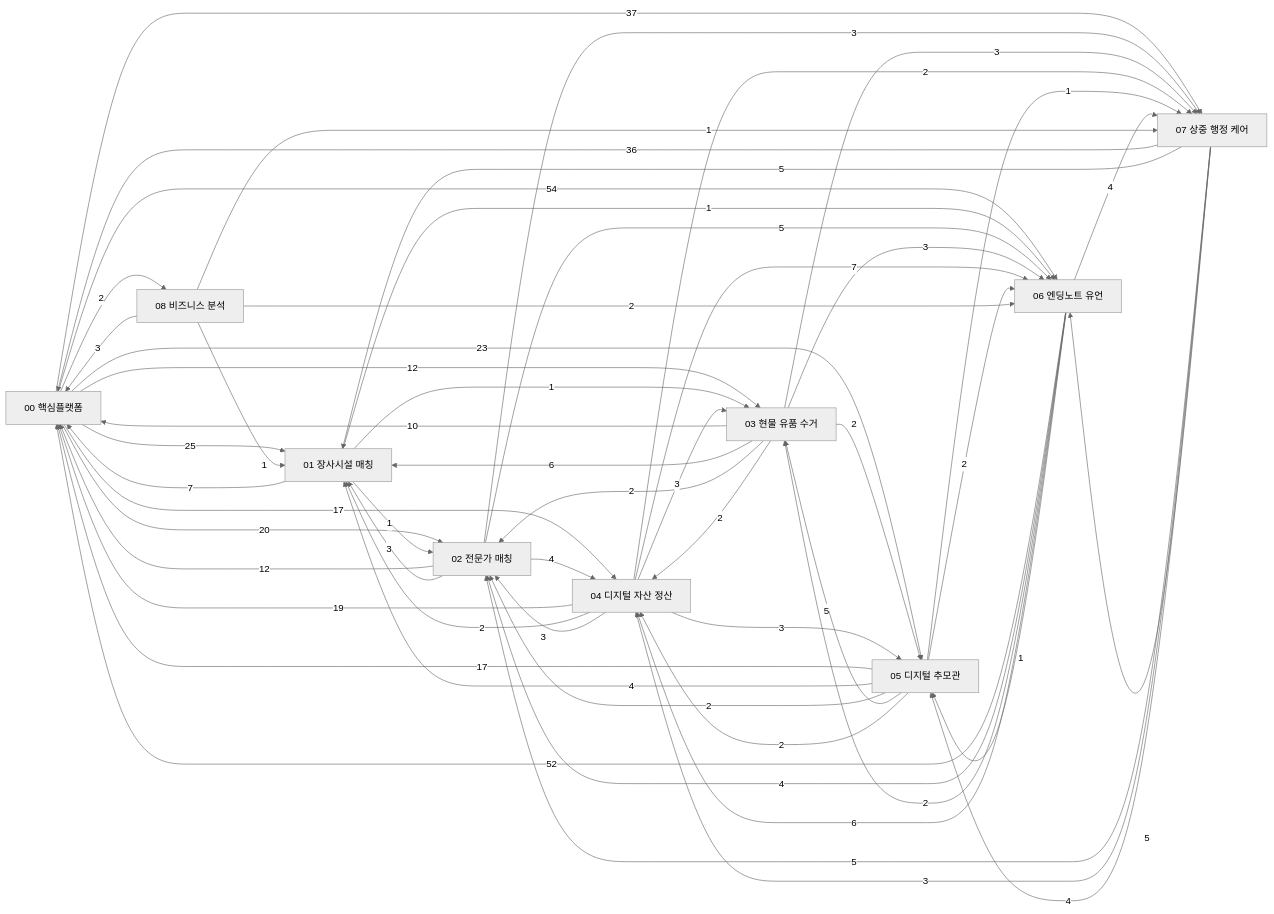
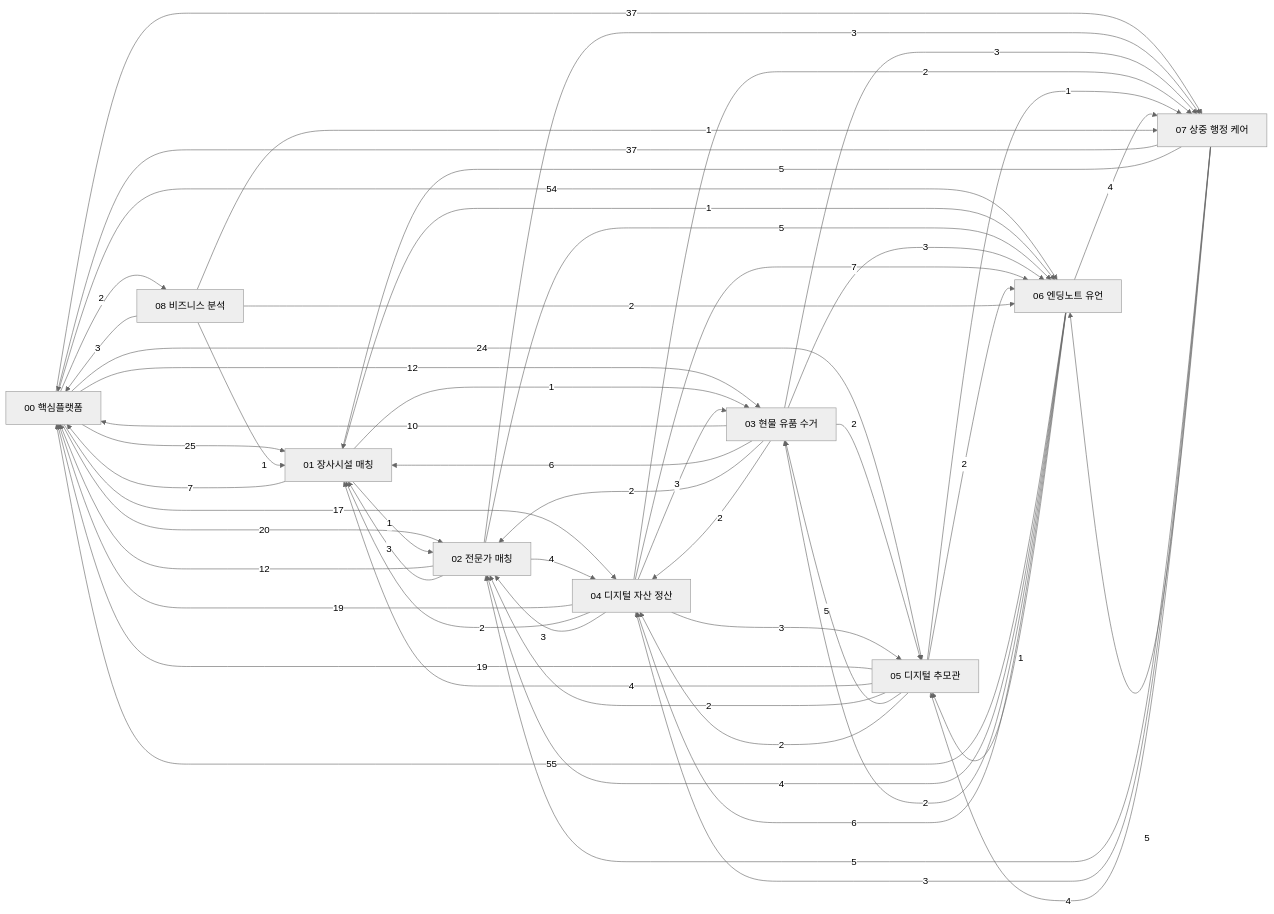
The diagram in docs/00_DOCS_INDEX.md (Hyunews/Eobom), drawn with Mermaid (neutral theme) before and after one commit. The commit also changed other lines of this file and 17 other files, not shown here.

````diff
--- a/docs/00_DOCS_INDEX.md
+++ b/docs/00_DOCS_INDEX.md
@@ -53,66 +53,66 @@
 ```mermaid
 flowchart LR
   D00["00 핵심플랫폼"]
   D01["01 장사시설 매칭"]
   D02["02 전문가 매칭"]
   D03["03 현물 유품 수거"]
   D04["04 디지털 자산 정산"]
   D05["05 디지털 추모관"]
   D06["06 엔딩노트 유언"]
   D07["07 상중 행정 케어"]
   D08["08 비즈니스 분석"]
   D00 -->|25| D01
   D00 -->|20| D02
   D00 -->|12| D03
   D00 -->|17| D04
-  D00 -->|23| D05
+  D00 -->|24| D05
   D00 -->|54| D06
   D00 -->|37| D07
   D00 -->|2| D08
   D01 -->|7| D00
   D01 -->|1| D02
   D01 -->|1| D03
   D01 -->|1| D06
   D02 -->|12| D00
   D02 -->|3| D01
   D02 -->|4| D04
   D02 -->|5| D06
   D02 -->|3| D07
   D03 -->|10| D00
   D03 -->|6| D01
   D03 -->|2| D02
   D03 -->|2| D04
   D03 -->|2| D05
   D03 -->|3| D06
   D03 -->|3| D07
   D04 -->|19| D00
   D04 -->|2| D01
   D04 -->|3| D02
   D04 -->|3| D03
   D04 -->|3| D05
   D04 -->|7| D06
   D04 -->|2| D07
-  D05 -->|17| D00
+  D05 -->|19| D00
   D05 -->|4| D01
   D05 -->|2| D02
   D05 -->|5| D03
   D05 -->|2| D04
   D05 -->|2| D06
   D05 -->|1| D07
-  D06 -->|52| D00
+  D06 -->|55| D00
   D06 -->|4| D02
   D06 -->|2| D03
   D06 -->|6| D04
   D06 -->|1| D05
   D06 -->|4| D07
-  D07 -->|36| D00
+  D07 -->|37| D00
   D07 -->|5| D01
   D07 -->|5| D02
   D07 -->|3| D04
   D07 -->|4| D05
   D07 -->|5| D06
   D08 -->|3| D00
   D08 -->|1| D01
   D08 -->|2| D06
   D08 -->|1| D07
 ```
````
